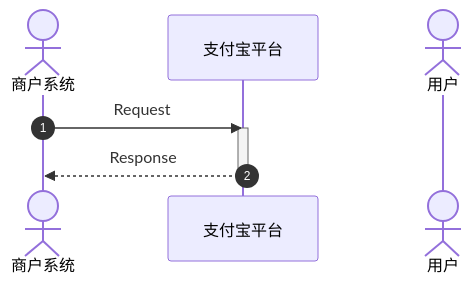
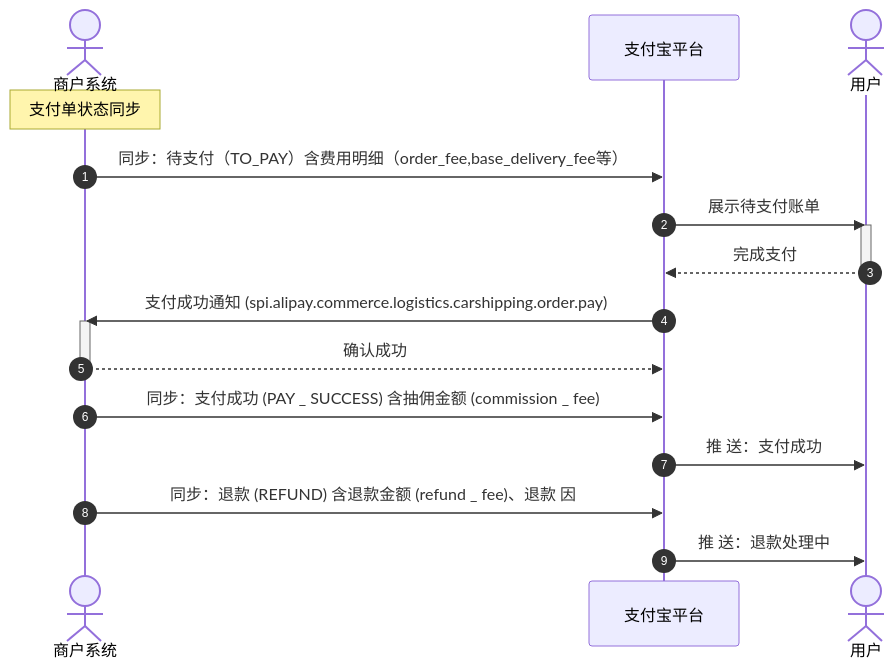
The diagram in mmd/支付单状态同步时序_b3042cb3-08c1-43b5-b440-32d3f6443821.mmd (pingpm/mermaid_vault), drawn with Mermaid before and after one commit. The commit also changed 2 other files, not shown here.

Commit message:
Sync Mermaid Studio data (10 diagrams)

```diff
--- a/mmd/支付单状态同步时序_b3042cb3-08c1-43b5-b440-32d3f6443821.mmd
+++ b/mmd/支付单状态同步时序_b3042cb3-08c1-43b5-b440-32d3f6443821.mmd
@@ -1,9 +1,19 @@
 sequenceDiagram
   autonumber
   actor p0 as 商户系统
   participant p1 as ⽀付宝平台
   actor p2 as 用户
-  p0->>p1: Request
-  activate p1
-  p1-->>p0: Response
-  deactivate p1
+  Note over p0: ⽀付单状态同步
+  p0->>p1: 同步：待支付（TO_PAY）含费用明细（order_fee,base_delivery_fee等）
+  p1->>p2: 展示待⽀付账单
+  activate p2
+  p2-->>p1: 完成⽀付
+  deactivate p2
+  p1->>p0: ⽀付成功通知 (spi.alipay.commerce.logistics.carshipping.order.pay)
+  activate p0
+  p0-->>p1: 确认成功
+  deactivate p0
+  p0->>p1: 同步：⽀付成功 (PAY _ SUCCESS) 含抽佣⾦额 (commission _ fee)
+  p1->>p2: 推 送：⽀付成功
+  p0->>p1: 同步：退款 (REFUND) 含退款⾦额 (refund _ fee)、退款 因
+  p1->>p2: 推 送：退款处理中
```
